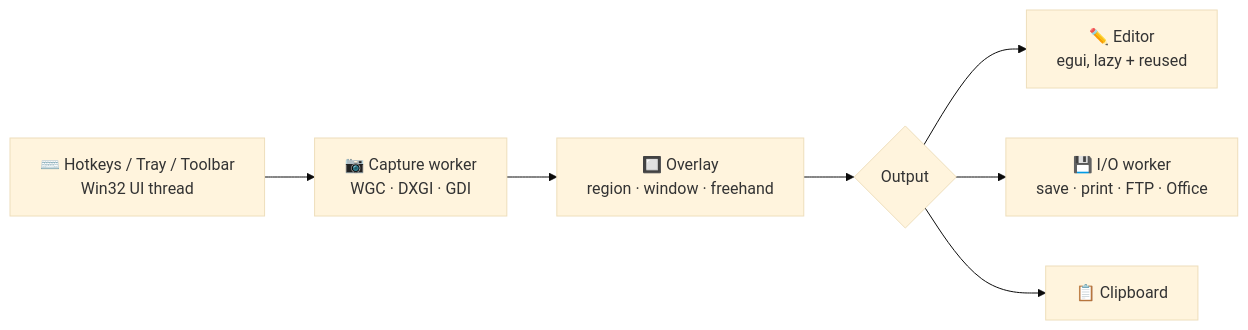
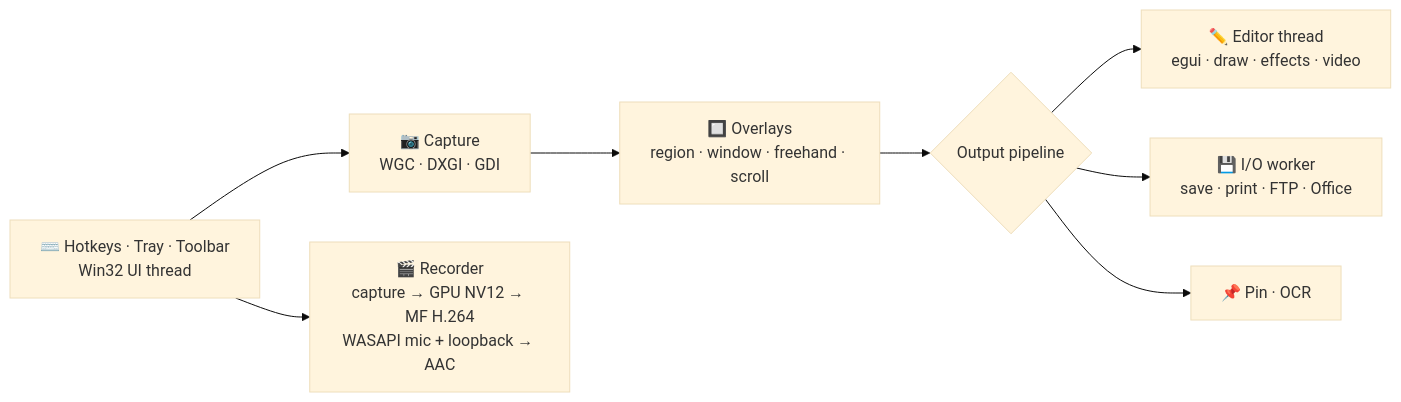
One commit to zheerkhalid/snapforge changed the diagram in README.md. Above: the diagram before and after it, drawn with Mermaid (base theme). The commit also changed other lines of this file and 14 other files, not shown here.

Commit message:
Docs: README with screenshots and measured performance, completed plan, user guide for recorder, video editor, pin, OCR and tools

````diff
--- a/README.md
+++ b/README.md
@@ -108,9 +156,10 @@
 ```mermaid
 flowchart LR
-    HK[⌨️ Hotkeys / Tray / Toolbar<br/>Win32 UI thread] --> CW[📷 Capture worker<br/>WGC · DXGI · GDI]
-    CW --> OV[🔲 Overlay<br/>region · window · freehand]
-    OV --> PIPE{Output}
-    PIPE --> ED[✏️ Editor<br/>egui, lazy + reused]
-    PIPE --> IO[💾 I/O worker<br/>save · print · FTP · Office]
-    PIPE --> CB[📋 Clipboard]
+    HK[⌨️ Hotkeys · Tray · Toolbar<br/>Win32 UI thread] --> CAP[📷 Capture<br/>WGC · DXGI · GDI]
+    CAP --> OV[🔲 Overlays<br/>region · window · freehand · scroll]
+    OV --> OUT{Output pipeline}
+    OUT --> ED[✏️ Editor thread<br/>egui · draw · effects · video]
+    OUT --> IO[💾 I/O worker<br/>save · print · FTP · Office]
+    OUT --> PIN[📌 Pin · OCR]
+    HK --> REC[🎬 Recorder<br/>capture → GPU NV12 → MF H.264<br/>WASAPI mic + loopback → AAC]
 ```
````
